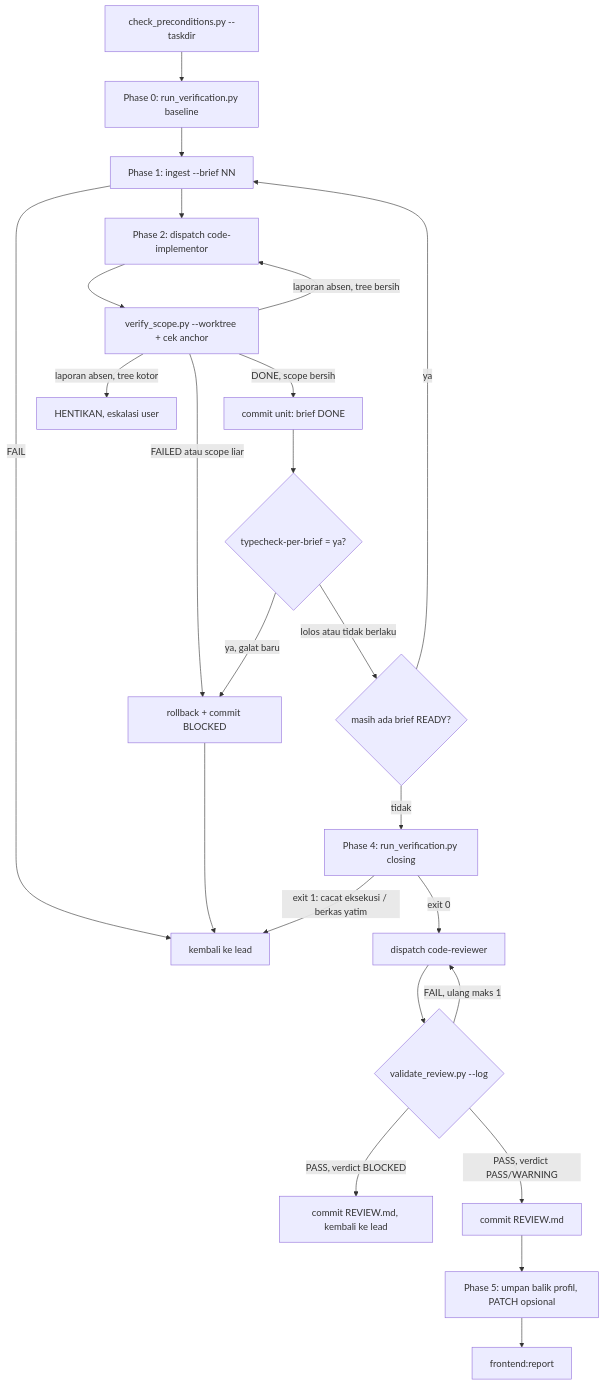
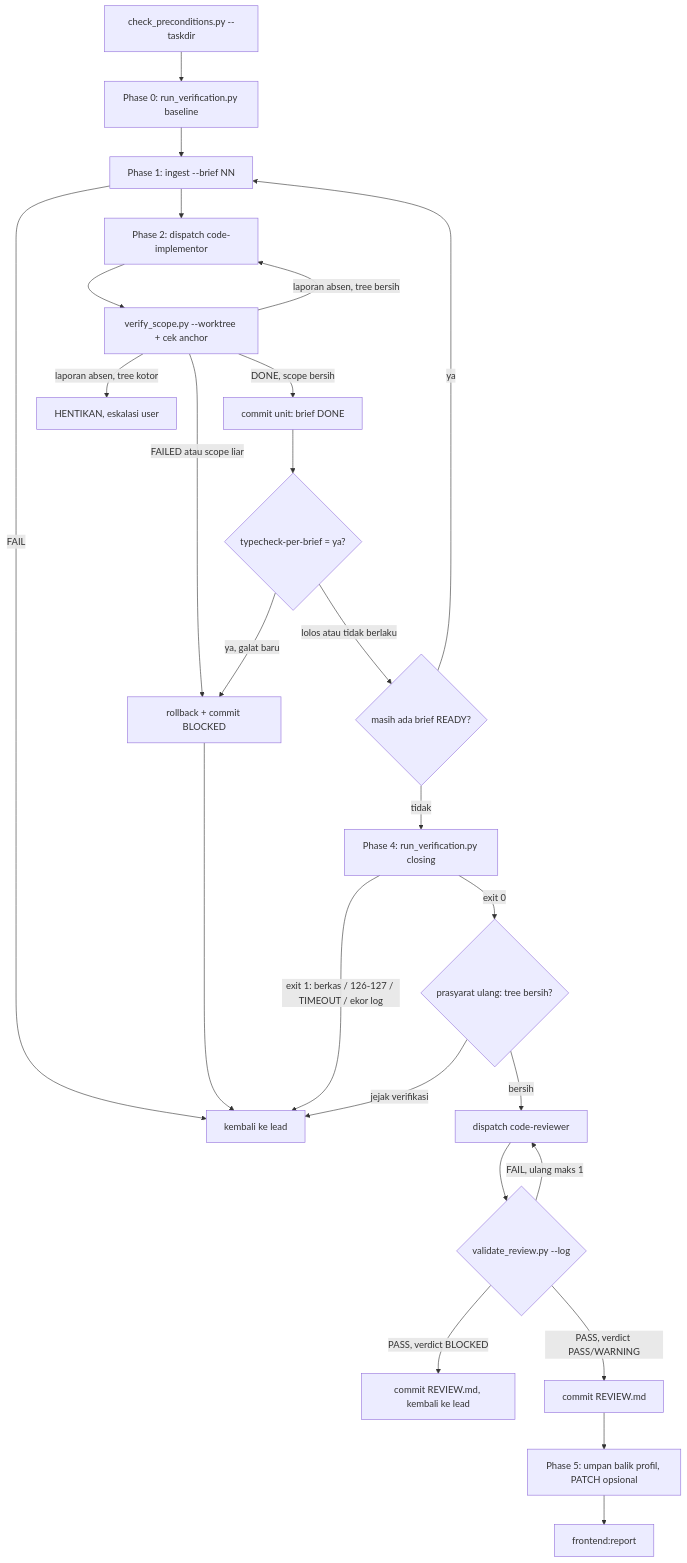
The fifth of 8 diagrams in flow/frontend.md (nataflow/agentic-workflow), drawn with Mermaid before and after one commit. The commit also changed other lines of this file and 25 other files, not shown here.

````diff
--- a/flow/frontend.md
+++ b/flow/frontend.md
@@ -441,26 +448,28 @@
 ```mermaid
 flowchart TD
     PRE["check_preconditions.py --taskdir"] --> BASE["Phase 0: run_verification.py baseline"]
     BASE --> ING["Phase 1: ingest --brief NN"]
     ING -->|"FAIL"| STOP["kembali ke lead"]
     ING --> DIS["Phase 2: dispatch code-implementor"]
     DIS --> VS["verify_scope.py --worktree + cek anchor"]
     VS -->|"DONE, scope bersih"| CU["commit unit: brief DONE"]
     VS -->|"FAILED atau scope liar"| CB["rollback + commit BLOCKED"]
     VS -->|"laporan absen, tree bersih"| DIS
     VS -->|"laporan absen, tree kotor"| HALT["HENTIKAN, eskalasi user"]
     CU --> TC{"typecheck-per-brief = ya?"}
     TC -->|"ya, galat baru"| CB
     TC -->|"lolos atau tidak berlaku"| NEXT{"masih ada brief READY?"}
     NEXT -->|"ya"| ING
     NEXT -->|"tidak"| CLS["Phase 4: run_verification.py closing"]
     CB --> STOP
-    CLS -->|"exit 1: cacat eksekusi / berkas yatim"| STOP
-    CLS -->|"exit 0"| REV["dispatch code-reviewer"]
+    CLS -->|"exit 1: berkas / 126-127 / TIMEOUT / ekor log"| STOP
+    CLS -->|"exit 0"| TR{"prasyarat ulang: tree bersih?"}
+    TR -->|"jejak verifikasi"| STOP
+    TR -->|"bersih"| REV["dispatch code-reviewer"]
     REV --> VR{"validate_review.py --log"}
     VR -->|"FAIL, ulang maks 1"| REV
     VR -->|"PASS, verdict BLOCKED"| CBR["commit REVIEW.md, kembali ke lead"]
     VR -->|"PASS, verdict PASS/WARNING"| CR["commit REVIEW.md"]
     CR --> FB["Phase 5: umpan balik profil, PATCH opsional"]
     FB --> RPT["frontend:report"]
 ```
````
